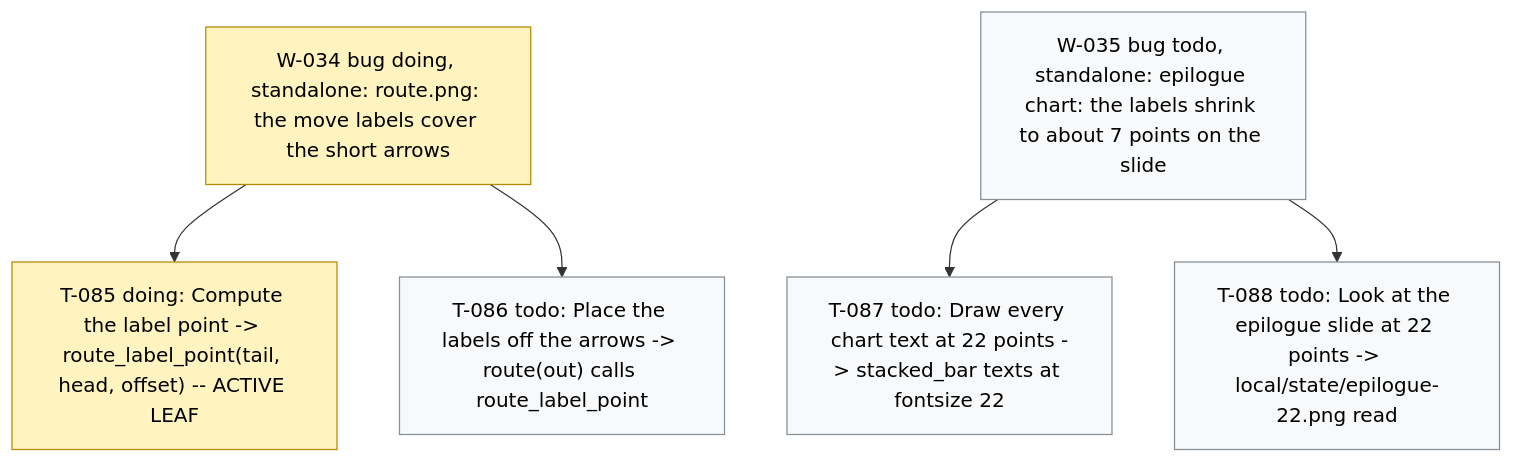
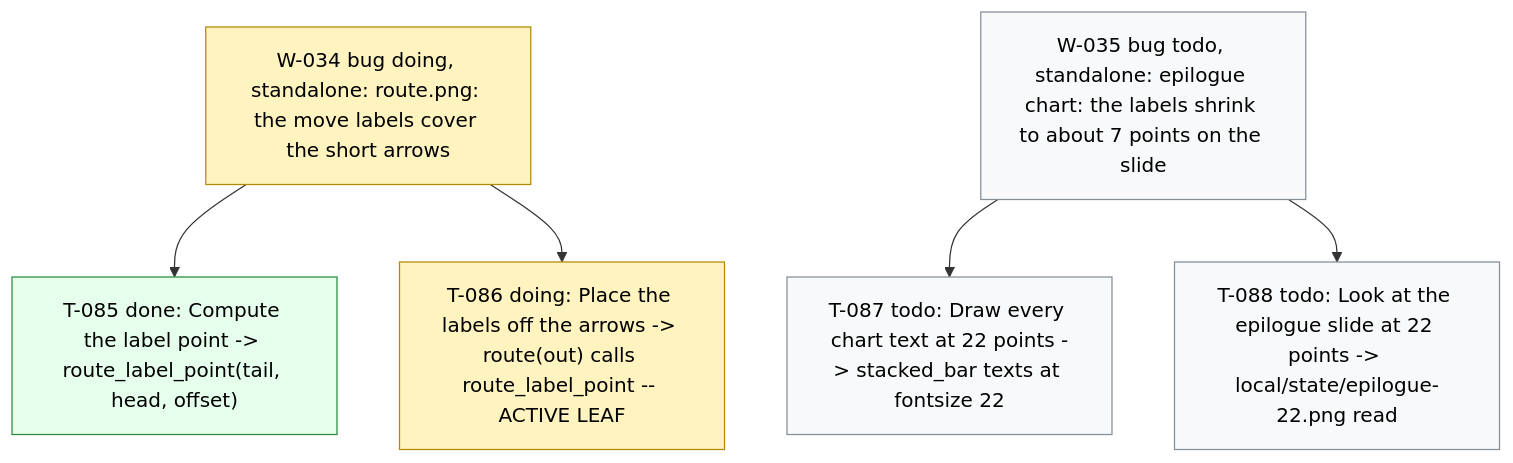
One commit to dpopchev/chaos-to-simple changed the diagram in .board/BOARD.md. Above: the diagram before and after it, drawn with Mermaid. The commit also changed other lines of this file and 2 other files, not shown here.

Commit message:
chore(board): close T-085, start T-086
Refs: W-034 T-085 T-086

````diff
--- a/.board/BOARD.md
+++ b/.board/BOARD.md
@@ -228,16 +228,17 @@
 ```mermaid
 flowchart TD
   W034["W-034 bug doing, standalone: route.png: the move labels cover the short arrows"]
-  W034 --> T085["T-085 doing: Compute the label point -> route_label_point(tail, head, offset) -- ACTIVE LEAF"]
-  W034 --> T086["T-086 todo: Place the labels off the arrows -> route(out) calls route_label_point"]
+  W034 --> T085["T-085 done: Compute the label point -> route_label_point(tail, head, offset)"]
+  W034 --> T086["T-086 doing: Place the labels off the arrows -> route(out) calls route_label_point -- ACTIVE LEAF"]
   W035["W-035 bug todo, standalone: epilogue chart: the labels shrink to about 7 points on the slide"]
   W035 --> T087["T-087 todo: Draw every chart text at 22 points -> stacked_bar texts at fontsize 22"]
   W035 --> T088["T-088 todo: Look at the epilogue slide at 22 points -> local/state/epilogue-22.png read"]
   classDef doing fill:#fff3bf,stroke:#b58900,color:#000;
   classDef blocked fill:#ffe3e3,stroke:#c92a2a,color:#000;
   classDef done fill:#e6ffed,stroke:#2b8a3e,color:#000;
   classDef todo fill:#f8f9fa,stroke:#868e96,color:#000;
   classDef pruned fill:#f1f3f5,stroke:#adb5bd,color:#000;
-  class W034,T085 doing
-  class T086,W035,T087,T088 todo
+  class W034,T086 doing
+  class T085 done
+  class W035,T087,T088 todo
 ```
````
